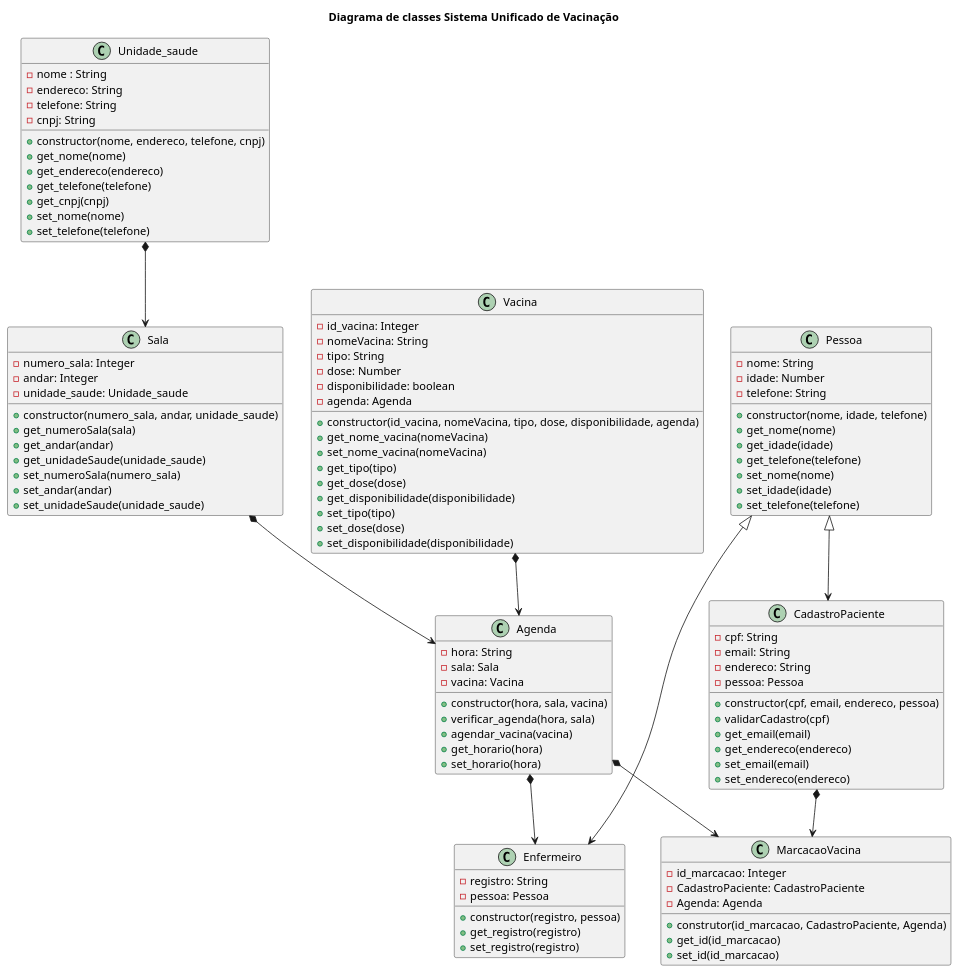
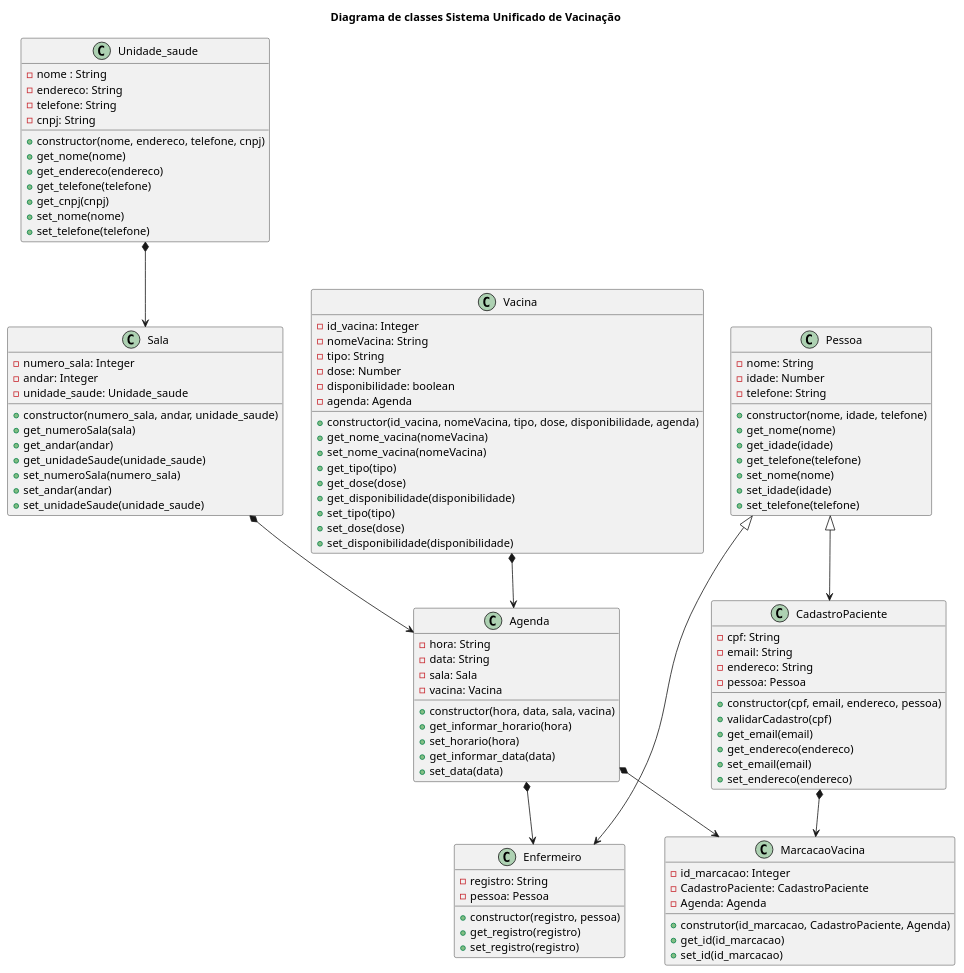
The diagram in diagrama_classe.plantuml (anleaes/2022-1-N2-POO-01), drawn with PlantUML before and after one commit. The commit also changed 1 other file, not shown here.

Commit message:
atualizacao da classe Agenda

```diff
--- a/diagrama_classe.plantuml
+++ b/diagrama_classe.plantuml
@@ -1,114 +1,115 @@
 @startuml diagrama_classe
 
 title Diagrama de classes Sistema Unificado de Vacinação
 
 class Unidade_saude{
     - nome : String
     - endereco: String
     - telefone: String
     - cnpj: String
     + constructor(nome, endereco, telefone, cnpj)
     + get_nome(nome)
     + get_endereco(endereco)
     + get_telefone(telefone)
     + get_cnpj(cnpj)
     + set_nome(nome)
     + set_telefone(telefone)
 }
 
 class Sala{
     - numero_sala: Integer
     - andar: Integer
     - unidade_saude: Unidade_saude 
     + constructor(numero_sala, andar, unidade_saude)
     + get_numeroSala(sala)
     + get_andar(andar)
     + get_unidadeSaude(unidade_saude)
     + set_numeroSala(numero_sala)
     + set_andar(andar)
     + set_unidadeSaude(unidade_saude)
 }
 
 class Agenda{
     - hora: String
+    - data: String
     - sala: Sala
     - vacina: Vacina
-    + constructor(hora, sala, vacina)
-    + verificar_agenda(hora, sala)
-    + agendar_vacina(vacina)
-    + get_horario(hora)
+    + constructor(hora, data, sala, vacina)
+    + get_informar_horario(hora)
     + set_horario(hora)
+    + get_informar_data(data)
+    + set_data(data)
 }
 
 
 Class Vacina{
     - id_vacina: Integer
     - nomeVacina: String
     - tipo: String
     - dose: Number
     - disponibilidade: boolean
     - agenda: Agenda
     + constructor(id_vacina, nomeVacina, tipo, dose, disponibilidade, agenda)
     + get_nome_vacina(nomeVacina)
     + set_nome_vacina(nomeVacina)
     + get_tipo(tipo)
     + get_dose(dose)
     + get_disponibilidade(disponibilidade)
     + set_tipo(tipo)
     + set_dose(dose)
     + set_disponibilidade(disponibilidade)
 }
 
 class Pessoa{
     - nome: String
     - idade: Number
     - telefone: String
     + constructor(nome, idade, telefone)
     + get_nome(nome)
     + get_idade(idade)
     + get_telefone(telefone)
     + set_nome(nome)
     + set_idade(idade)
     + set_telefone(telefone)
 }
 
 class CadastroPaciente {
     - cpf: String
     - email: String
     - endereco: String
     - pessoa: Pessoa
     + constructor(cpf, email, endereco, pessoa)
     + validarCadastro(cpf)
     + get_email(email)
     + get_endereco(endereco)
     + set_email(email)
     + set_endereco(endereco)
 }
 
 class Enfermeiro {
     - registro: String
     - pessoa: Pessoa
     + constructor(registro, pessoa)
     + get_registro(registro)
     + set_registro(registro)
 }
 
 class MarcacaoVacina{
     - id_marcacao: Integer
     - CadastroPaciente: CadastroPaciente
     - Agenda: Agenda
     + construtor(id_marcacao, CadastroPaciente, Agenda)
     + get_id(id_marcacao)
     + set_id(id_marcacao)
 }
 
 Pessoa <|--> CadastroPaciente
 Pessoa <|--> Enfermeiro
 Unidade_saude *--> Sala
 Sala *--> Agenda
 Vacina *--> Agenda
 Agenda *--> Enfermeiro
 CadastroPaciente *--> MarcacaoVacina
 Agenda *--> MarcacaoVacina
 
 @enduml
```
